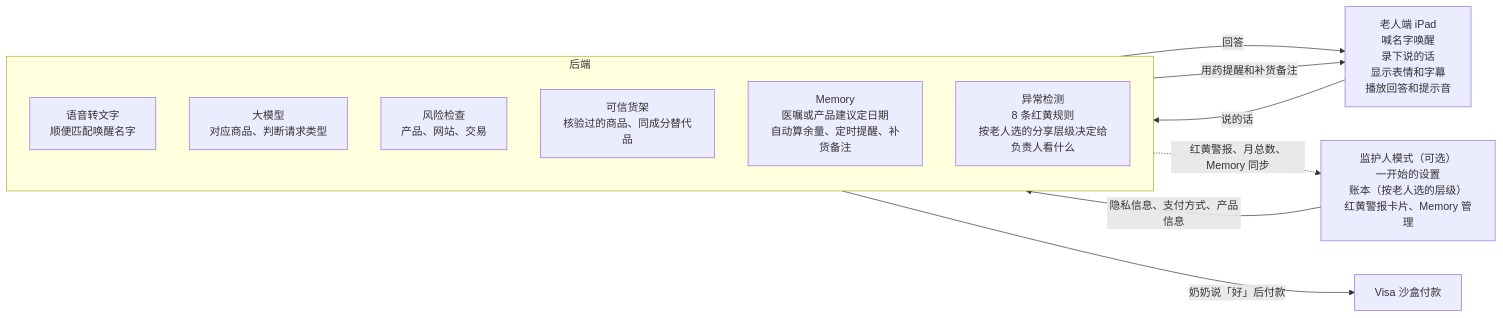
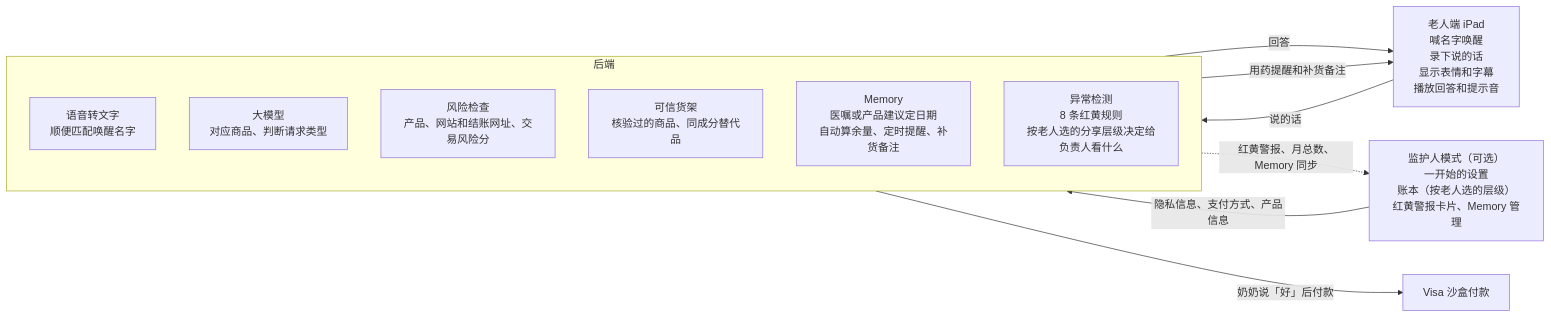
Before and after one commit to svedison/Dubhacks-26-Team-Meditation: the diagram in 产品方案.md, drawn with Mermaid. The commit also changed other lines of this file, not shown here.

````diff
--- a/产品方案.md
+++ b/产品方案.md
@@ -225,21 +234,21 @@
 ```mermaid
 flowchart LR
     P["老人端 iPad<br/>喊名字唤醒<br/>录下说的话<br/>显示表情和字幕<br/>播放回答和提示音"]
     subgraph S["后端"]
         direction TB
         S1["语音转文字<br/>顺便匹配唤醒名字"]
         S2["大模型<br/>对应商品、判断请求类型"]
-        S3["风险检查<br/>产品、网站、交易"]
+        S3["风险检查<br/>产品、网站和结账网址、交易风险分"]
         S4["可信货架<br/>核验过的商品、同成分替代品"]
         S5["Memory<br/>医嘱或产品建议定日期<br/>自动算余量、定时提醒、补货备注"]
         S6["异常检测<br/>8 条红黄规则<br/>按老人选的分享层级决定给负责人看什么"]
     end
     G["监护人模式（可选）<br/>一开始的设置<br/>账本（按老人选的层级）<br/>红黄警报卡片、Memory 管理"]
     V["Visa 沙盒付款"]
     P -- 说的话 --> S
     S -- 回答 --> P
     G -- 隐私信息、支付方式、产品信息 --> S
     S -- 用药提醒和补货备注 --> P
     S -. 红黄警报、月总数、Memory 同步 .-> G
     S -- 奶奶说「好」后付款 --> V
 ```
````
